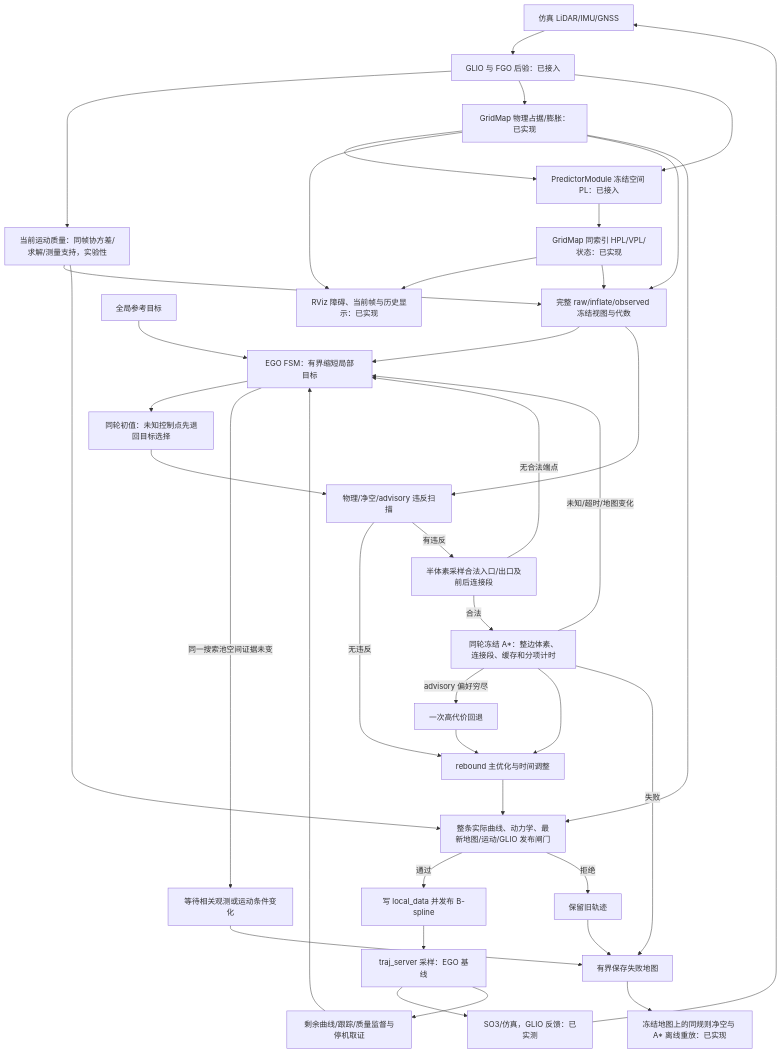
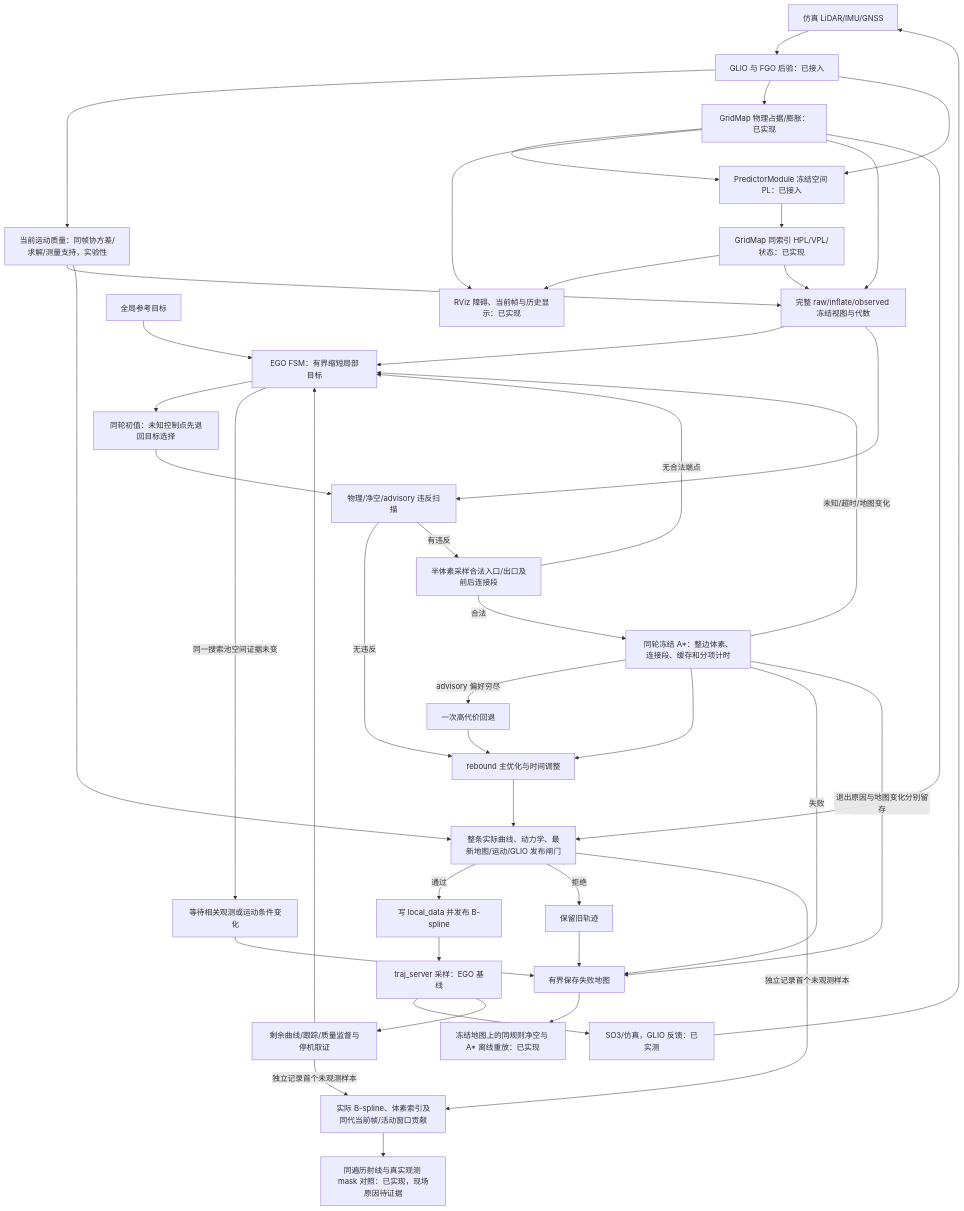
Before and after one commit to Printeger/iap: the second of 3 diagrams in docs/spec/ego_based_planning_flow.md, drawn with Mermaid. The commit also changed other lines of this file and 21 other files, not shown here.

````diff
--- a/docs/spec/ego_based_planning_flow.md
+++ b/docs/spec/ego_based_planning_flow.md
@@ -58,42 +58,46 @@
 ```mermaid
 flowchart TD
     Sensors[仿真 LiDAR/IMU/GNSS] --> GLIO[GLIO 与 FGO 后验：已接入]
     GLIO --> Current[当前运动质量：同帧协方差/求解/测量支持，实验性]
     GLIO --> Map[GridMap 物理占据/膨胀：已实现]
     GLIO --> Advisory[PredictorModule 冻结空间 PL：已接入]
     Map --> Advisory
     Advisory --> Risk[GridMap 同索引 HPL/VPL/状态：已实现]
     Map --> Viz[RViz 障碍、当前帧与历史显示：已实现]
     Risk --> Viz
     Goal[全局参考目标] --> FSM[EGO FSM：有界缩短局部目标]
     Map --> Freeze[完整 raw/inflate/observed 冻结视图与代数]
     Current --> Freeze
     Risk --> Freeze
     Freeze --> FSM
     FSM --> Init[同轮初值：未知控制点先退回目标选择]
     Init --> Scan[物理/净空/advisory 违反扫描]
     Freeze --> Scan
     Scan -->|无违反| Opt[rebound 主优化与时间调整]
     Scan -->|有违反| Endpoints[半体素采样合法入口/出口及前后连接段]
     Endpoints -->|无合法端点| FSM
     Endpoints -->|合法| Search[同轮冻结 A*：整边体素、连接段、缓存和分项计时]
     Search -->|未知/超时/地图变化| FSM
     Search -->|advisory 偏好穷尽| SearchFallback[一次高代价回退]
     SearchFallback --> Opt
     Search --> Opt
     Opt --> Final[整条实际曲线、动力学、最新地图/运动/GLIO 发布闸门]
     Map --> Final
     Current --> Final
     Final -->|通过| Commit[写 local_data 并发布 B-spline]
     Final -->|拒绝| Keep[保留旧轨迹]
     FSM -->|同一搜索池空间证据未变| Wait[等待相关观测或运动条件变化]
     Wait --> Evidence[有界保存 stall 地图]
     Keep --> Evidence[有界保存失败地图]
     Search -->|失败| Evidence
+    Final -->|独立记录首个未观测样本| Hole[实际 B-spline、体素索引及同代当前帧/活动窗口贡献]
+    Monitor -->|独立记录首个未观测样本| Hole
+    Hole --> ObservationReplay[同遍历射线与真实观测 mask 对照：已实现，现场原因待证据]
+    Search -->|退出原因与地图变化分别留存| Evidence
     Evidence --> Replay[冻结地图上的同规则净空与 A* 离线重放：已实现]
     Commit --> Server[traj_server 采样：EGO 基线]
     Server --> Control[SO3/仿真，GLIO 反馈：已实测]
     Control --> Sensors
     Server --> Monitor[剩余曲线/跟踪/质量监督与停机取证]
     Monitor --> FSM
 ```
````
